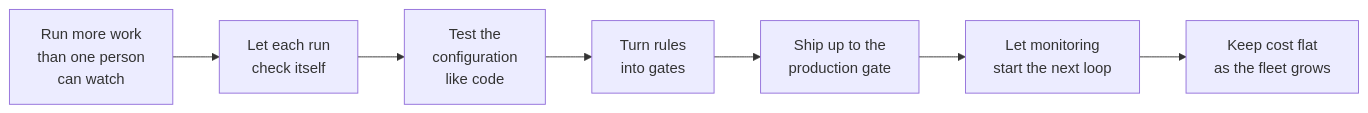
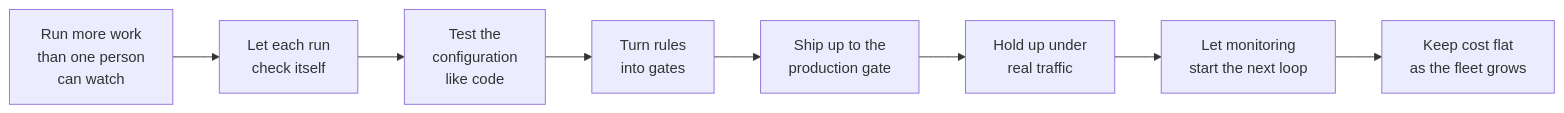
The first of 15 diagrams in src/content/blog/from_production_to_scale.md (locchh/blogs), drawn with Mermaid before and after one commit. The commit also changed other lines of this file, not shown here.

````diff
--- a/src/content/blog/from_production_to_scale.md
+++ b/src/content/blog/from_production_to_scale.md
@@ -21,9 +21,10 @@
 ```mermaid
 graph LR
     A["Run more work<br/>than one person<br/>can watch"] --> B["Let each run<br/>check itself"]
     B --> C["Test the<br/>configuration<br/>like code"]
     C --> D["Turn rules<br/>into gates"]
     D --> E["Ship up to the<br/>production gate"]
-    E --> F["Let monitoring<br/>start the next loop"]
+    E --> H["Hold up under<br/>real traffic"]
+    H --> F["Let monitoring<br/>start the next loop"]
     F --> G["Keep cost flat<br/>as the fleet grows"]
 ```
````
